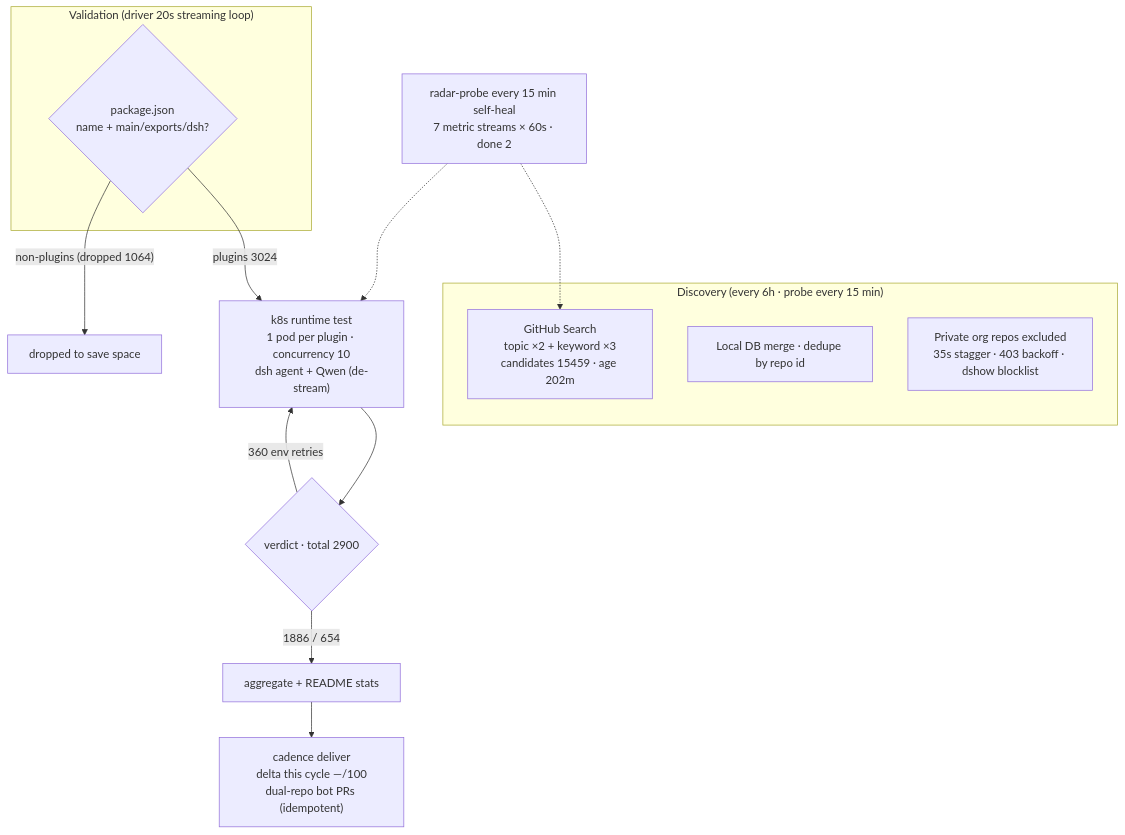
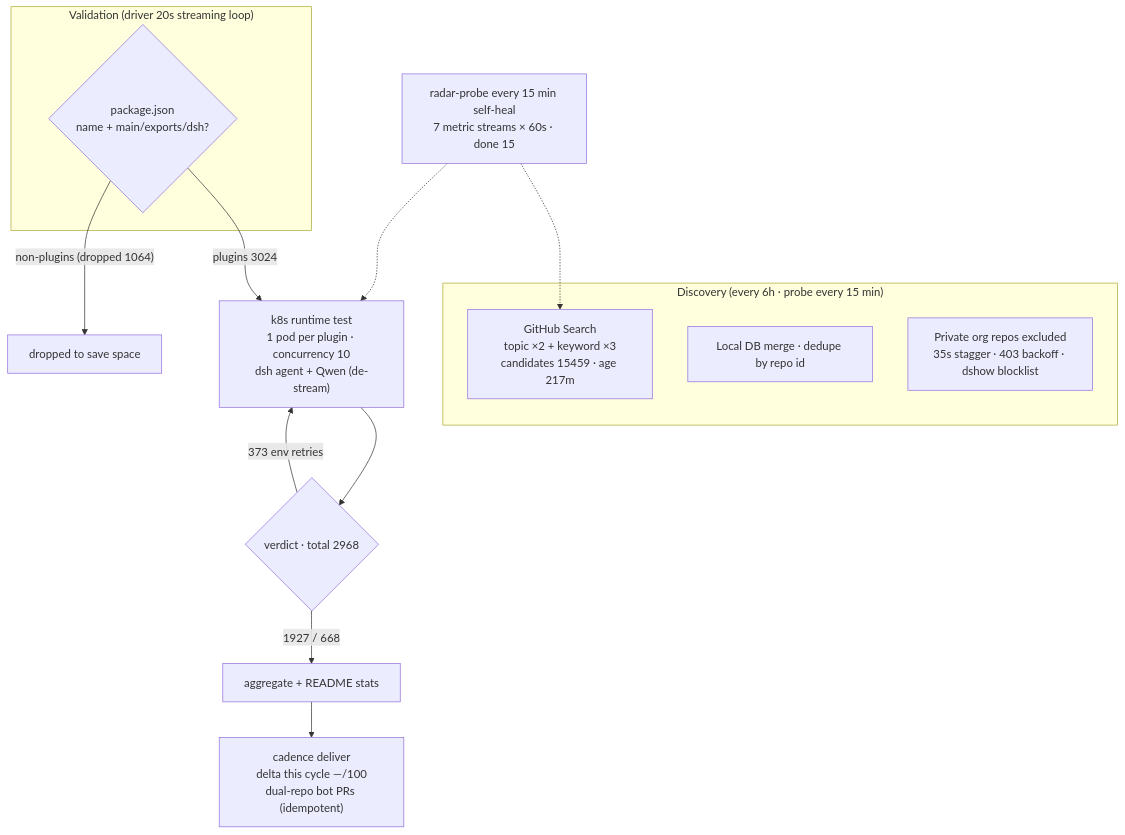
One commit to AdamPlatin123/awesome-dsh-plugins changed the diagram in README.en-US.md. Above: the diagram before and after it, drawn with Mermaid. The commit also changed other lines of this file and 5 other files, not shown here.

````diff
--- a/README.en-US.md
+++ b/README.en-US.md
@@ -30,20 +30,20 @@
 ```mermaid
 flowchart TB
     subgraph Discovery["Discovery (every 6h · probe every 15 min)"]
-        A1["GitHub Search<br/>topic ×2 + keyword ×3<br/>candidates 15459 · age 202m"]
+        A1["GitHub Search<br/>topic ×2 + keyword ×3<br/>candidates 15459 · age 217m"]
         A2["Local DB merge · dedupe by repo id"]
         A3["Private org repos excluded<br/>35s stagger · 403 backoff · dshow blocklist"]
     end
     subgraph Validation["Validation (driver 20s streaming loop)"]
         B1{"package.json<br/>name + main/exports/dsh?"}
     end
     B1 -->|"plugins 3024"| C1["k8s runtime test<br/>1 pod per plugin · concurrency 10<br/>dsh agent + Qwen (de-stream)"]
     B1 -->|"non-plugins (dropped 1064)"| B3["dropped to save space"]
-    C1 --> D1{"verdict · total 2900"}
-    D1 -->|"1886 / 654"| E1["aggregate + README stats"]
-    D1 -->|"360 env retries"| C1
+    C1 --> D1{"verdict · total 2968"}
+    D1 -->|"1927 / 668"| E1["aggregate + README stats"]
+    D1 -->|"373 env retries"| C1
     E1 --> E2["cadence deliver<br/>delta this cycle —/100<br/>dual-repo bot PRs (idempotent)"]
-    M["radar-probe every 15 min self-heal<br/>7 metric streams × 60s · done 2"]
+    M["radar-probe every 15 min self-heal<br/>7 metric streams × 60s · done 15"]
     M -.-> A1
     M -.-> C1
 ```
````
